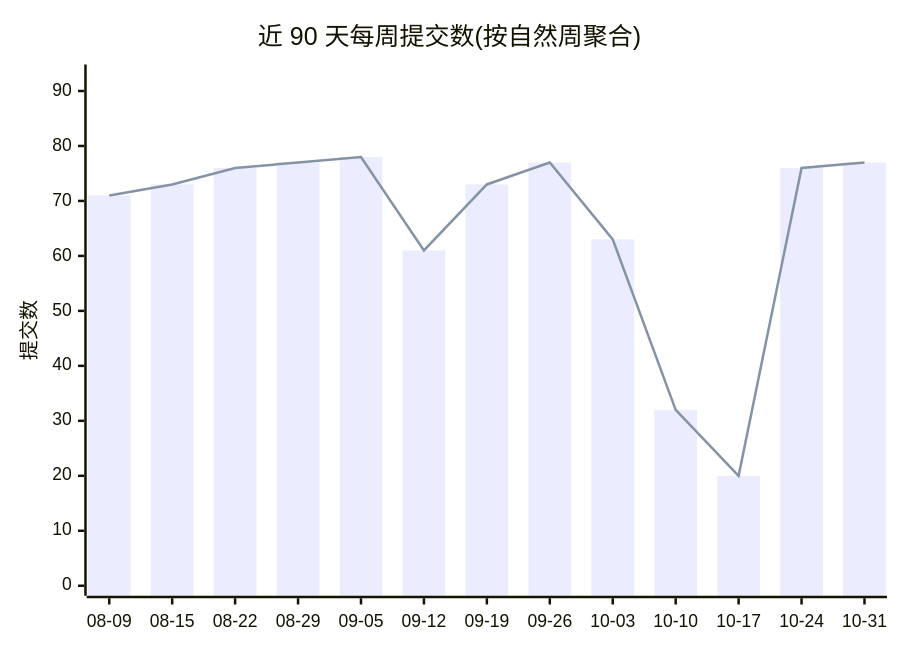
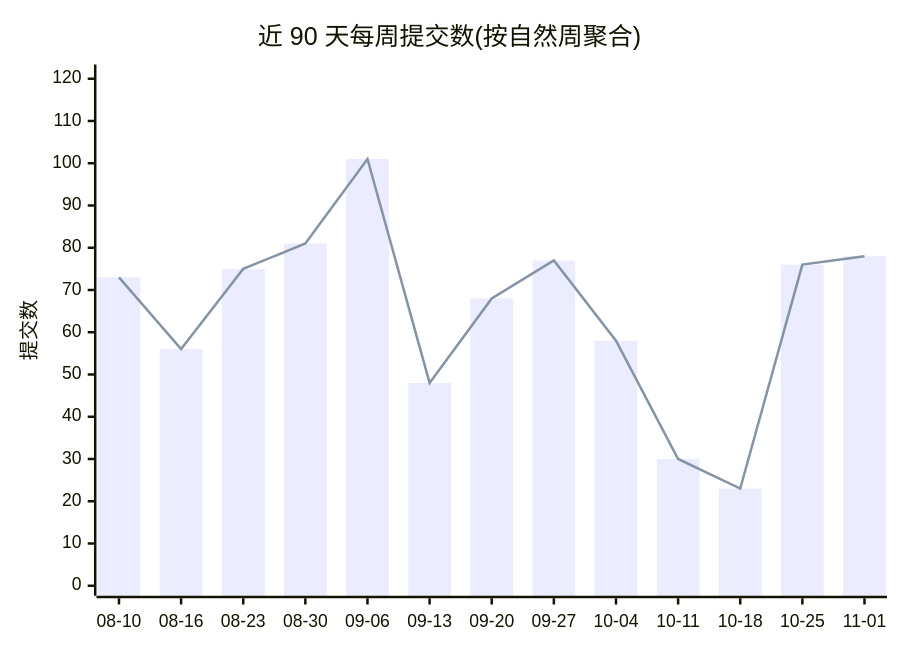
The first of 2 diagrams in profile/README.md (Conflux-Union/.github), drawn with Mermaid before and after one commit. The commit also changed other lines of this file and 1 other file, not shown here.

````diff
--- a/profile/README.md
+++ b/profile/README.md
@@ -47,8 +47,8 @@
 ```mermaid
 xychart-beta
     title "近 90 天每周提交数(按自然周聚合)"
-    x-axis ["08-09", "08-15", "08-22", "08-29", "09-05", "09-12", "09-19", "09-26", "10-03", "10-10", "10-17", "10-24", "10-31"]
-    y-axis "提交数" 0 --> 93
-    bar [71, 73, 76, 77, 78, 61, 73, 77, 63, 32, 20, 76, 77]
-    line [71, 73, 76, 77, 78, 61, 73, 77, 63, 32, 20, 76, 77]
+    x-axis ["08-10", "08-16", "08-23", "08-30", "09-06", "09-13", "09-20", "09-27", "10-04", "10-11", "10-18", "10-25", "11-01"]
+    y-axis "提交数" 0 --> 121
+    bar [73, 56, 75, 81, 101, 48, 68, 77, 58, 30, 23, 76, 78]
+    line [73, 56, 75, 81, 101, 48, 68, 77, 58, 30, 23, 76, 78]
 ```
````
